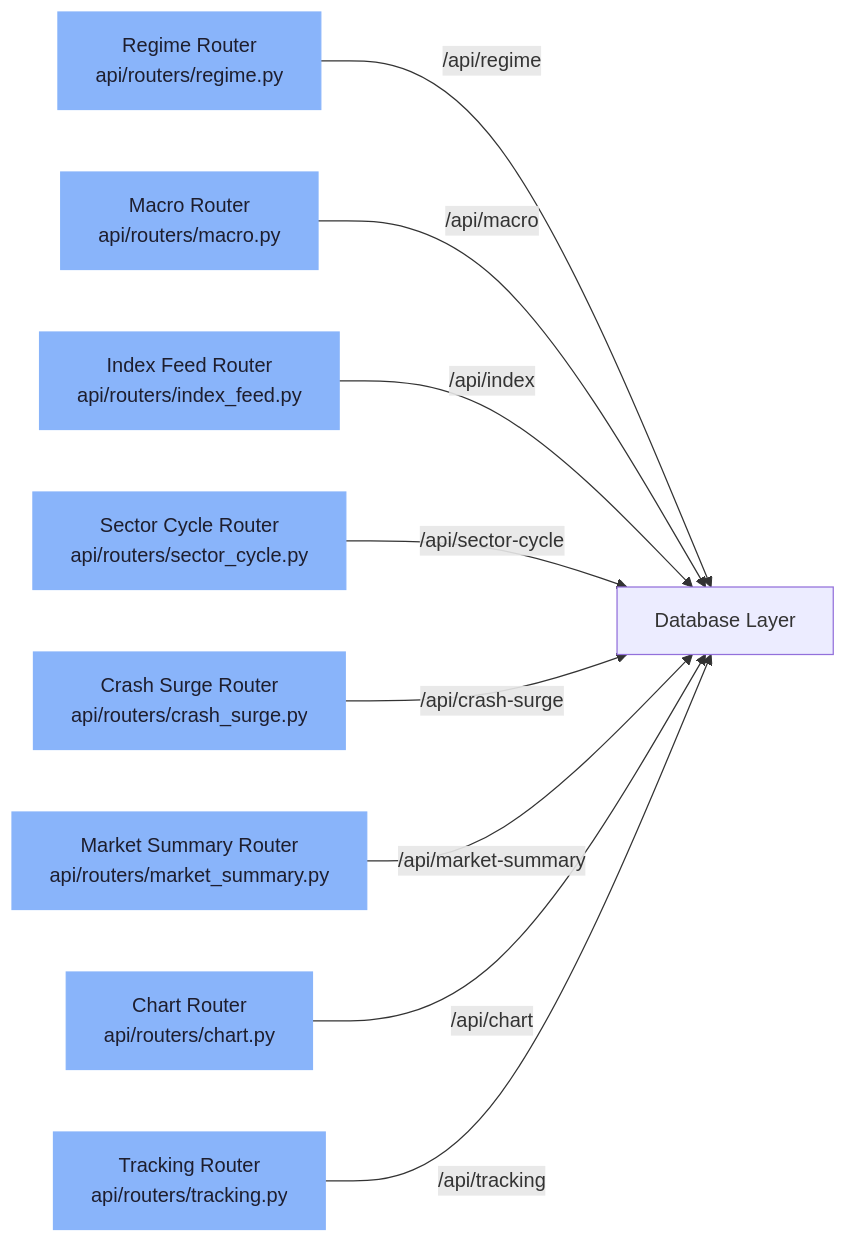
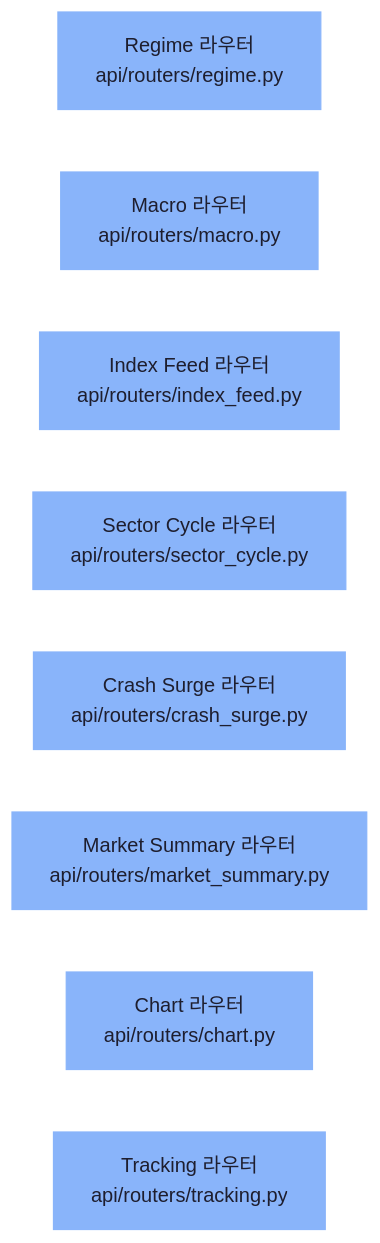
Before and after one commit to wonderfulawsome/Asset-Analysis-Platform: the diagram in .omm/overall-architecture/api-layer/diagram.mmd, drawn with Mermaid. The commit also changed 153 other files, not shown here.

```diff
--- a/.omm/overall-architecture/api-layer/diagram.mmd
+++ b/.omm/overall-architecture/api-layer/diagram.mmd
@@ -1,21 +1,12 @@
 graph LR
-    regime-router["Regime Router\napi/routers/regime.py"]
-    macro-router["Macro Router\napi/routers/macro.py"]
-    index-feed-router["Index Feed Router\napi/routers/index_feed.py"]
-    sector-cycle-router["Sector Cycle Router\napi/routers/sector_cycle.py"]
-    crash-surge-router["Crash Surge Router\napi/routers/crash_surge.py"]
-    market-summary-router["Market Summary Router\napi/routers/market_summary.py"]
-    chart-router["Chart Router\napi/routers/chart.py"]
-    tracking-router["Tracking Router\napi/routers/tracking.py"]
-
-    regime-router -->|"/api/regime"| db["Database Layer"]
-    macro-router -->|"/api/macro"| db
-    index-feed-router -->|"/api/index"| db
-    sector-cycle-router -->|"/api/sector-cycle"| db
-    crash-surge-router -->|"/api/crash-surge"| db
-    market-summary-router -->|"/api/market-summary"| db
-    chart-router -->|"/api/chart"| db
-    tracking-router -->|"/api/tracking"| db
+    regime-router["Regime 라우터\napi/routers/regime.py"]
+    macro-router["Macro 라우터\napi/routers/macro.py"]
+    index-feed-router["Index Feed 라우터\napi/routers/index_feed.py"]
+    sector-cycle-router["Sector Cycle 라우터\napi/routers/sector_cycle.py"]
+    crash-surge-router["Crash Surge 라우터\napi/routers/crash_surge.py"]
+    market-summary-router["Market Summary 라우터\napi/routers/market_summary.py"]
+    chart-router["Chart 라우터\napi/routers/chart.py"]
+    tracking-router["Tracking 라우터\napi/routers/tracking.py"]
 
     classDef entry fill:#89b4fa,stroke:#89b4fa,color:#1e1e2e
     class regime-router,macro-router,index-feed-router,sector-cycle-router,crash-surge-router,market-summary-router,chart-router,tracking-router entry
```
